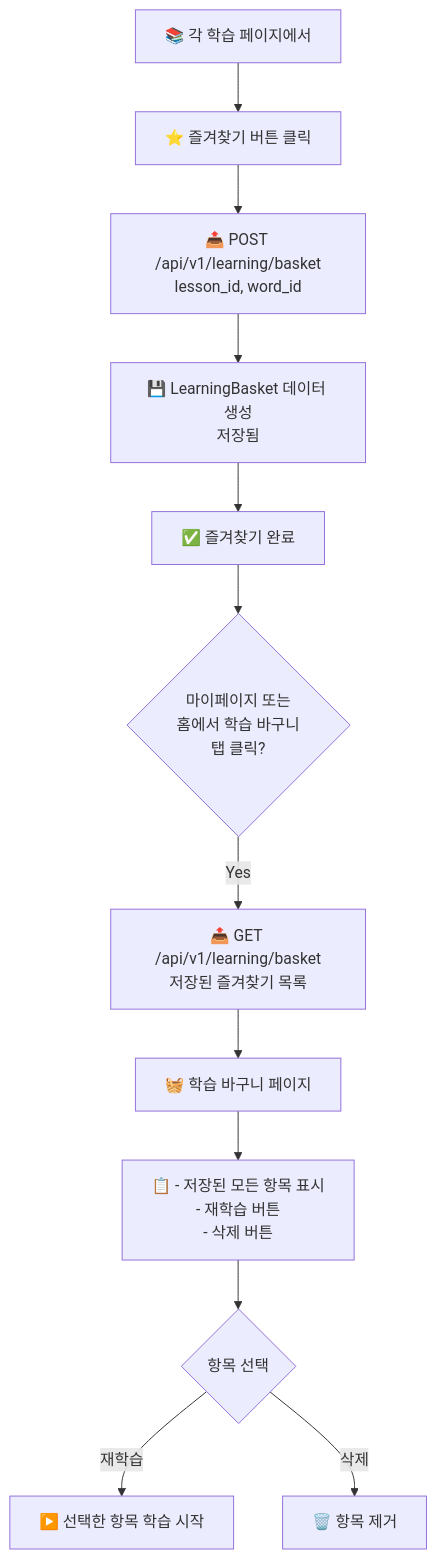
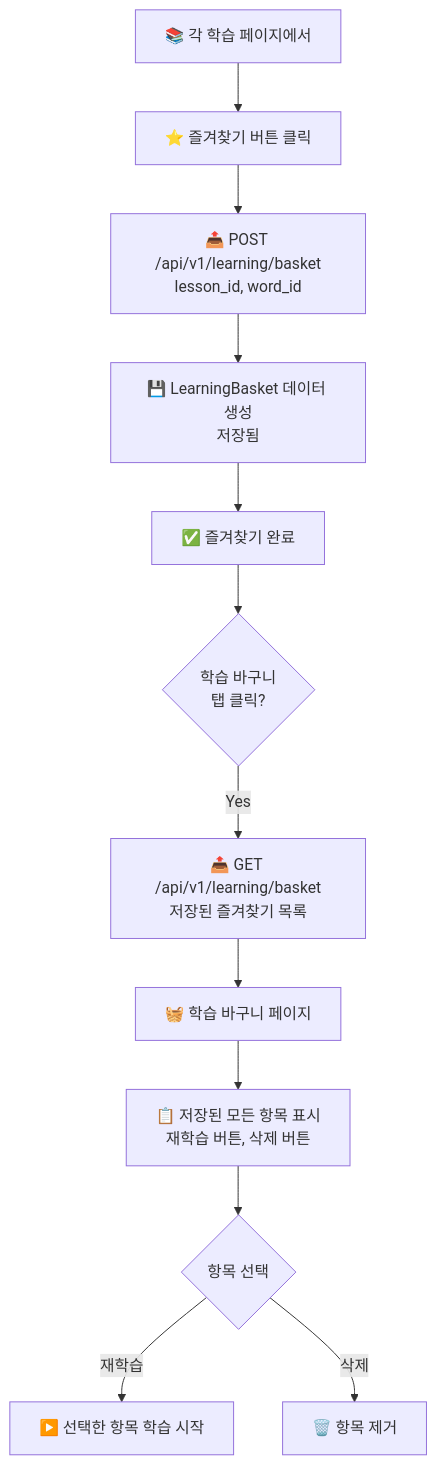
The sixth of 15 diagrams in doc/USER_FLOW.md (hamonia777/Real-time-sign-language-translation-service-Backend), drawn with Mermaid before and after one commit. The commit also changed other lines of this file, not shown here.

Commit message:
FIX : mermaid 코드 에러 수정

````diff
--- a/doc/USER_FLOW.md
+++ b/doc/USER_FLOW.md
@@ -143,14 +152,14 @@
 ```mermaid
 graph TD
     A["📚 각 학습 페이지에서"] --> B["⭐ 즐겨찾기 버튼 클릭"]
     B --> C["📤 POST /api/v1/learning/basket<br/>lesson_id, word_id"]
     C --> D["💾 LearningBasket 데이터 생성<br/>저장됨"]
     D --> E["✅ 즐겨찾기 완료"]
-    E --> F{"마이페이지 또는<br/>홈에서 학습 바구니<br/>탭 클릭?"}
+    E --> F{학습 바구니<br/>탭 클릭?}
     F -->|Yes| G["📤 GET /api/v1/learning/basket<br/>저장된 즐겨찾기 목록"]
     G --> H["🧺 학습 바구니 페이지"]
-    H --> I["📋 - 저장된 모든 항목 표시<br/>- 재학습 버튼<br/>- 삭제 버튼"]
+    H --> I["📋 저장된 모든 항목 표시<br/>재학습 버튼, 삭제 버튼"]
     I --> J{항목 선택}
     J -->|재학습| K["▶️ 선택한 항목 학습 시작"]
     J -->|삭제| L["🗑️ 항목 제거"]
 ```
````
